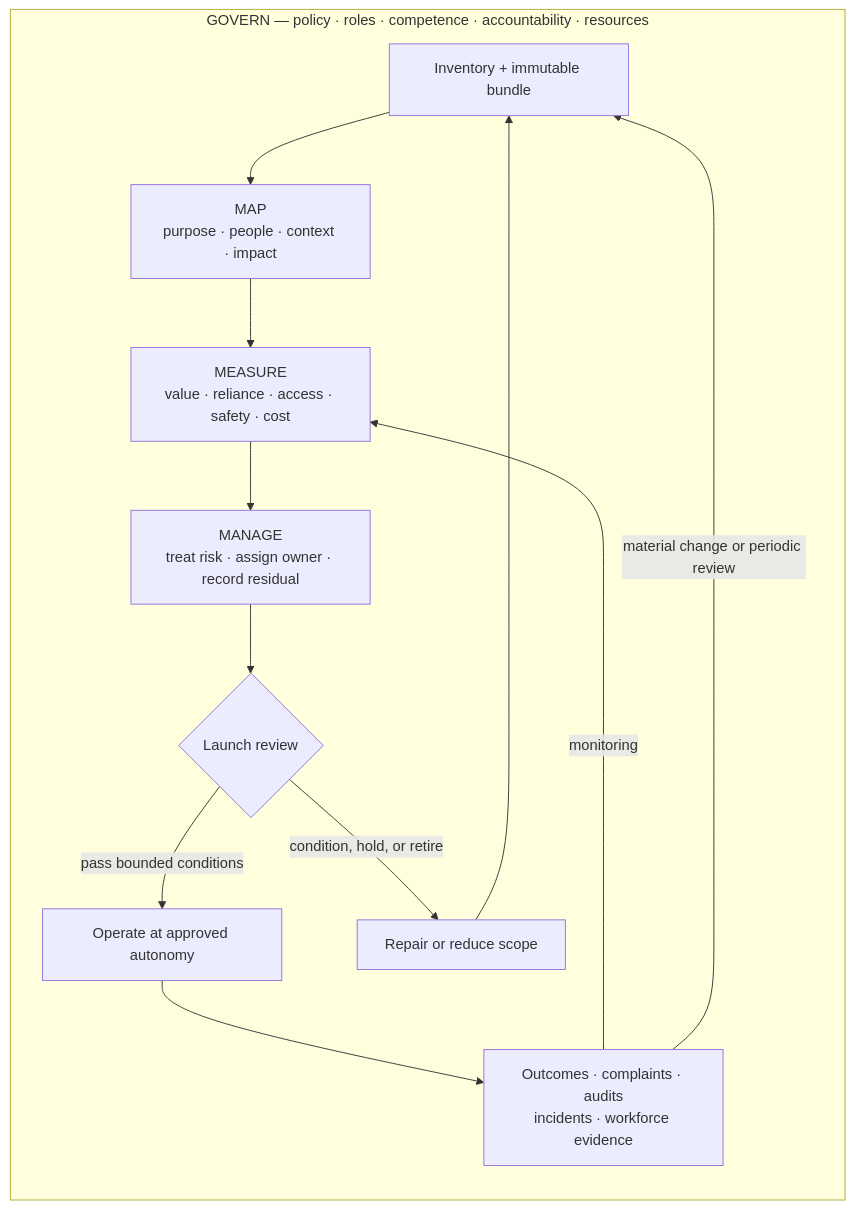
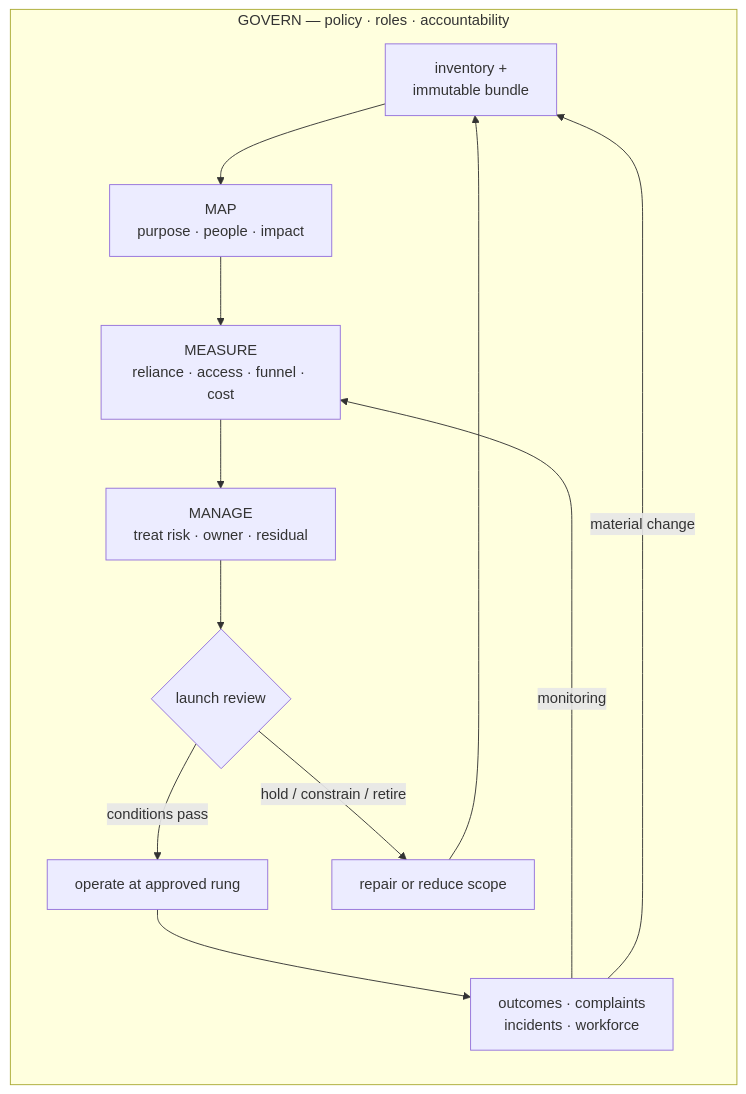
The third of 3 diagrams in chapters/28-products-people-organizations.qmd (omkarsarde/agentic-engineering), drawn with Mermaid before and after one commit. The commit also changed other lines of this file and 3 other files, not shown here.

````diff
--- a/chapters/28-products-people-organizations.qmd
+++ b/chapters/28-products-people-organizations.qmd
@@ -351,18 +649,19 @@
 ```{mermaid}
+%%| echo: false
 %%| label: fig-ch28-aims
-%%| fig-cap: "How does every material product change return through risk evidence and a launch decision?"
-%%| fig-alt: "Within a cross-cutting Govern boundary, an inventory and context map flow to measurement, risk management, and a launch review. The decision can stage, constrain, hold, or retire the system. Operation produces outcomes, complaints, audits, incidents, and change signals. Material changes loop back to inventory and mapping; monitoring loops back to measurement."
+%%| fig-cap: "How does every material product change return through risk evidence and a launch decision? Inventory and context feed measurement and risk treatment into a launch review; operation produces signals; material changes and periodic review loop back — all inside a governing boundary."
+%%| fig-alt: "Inside a Govern boundary: an inventory with an immutable bundle flows to Map (purpose, people, context), then Measure (reliance, access, funnel, cost), then Manage (treat risk, assign owner, residual), then a launch review that can operate, constrain, hold, or retire. Operation emits outcomes, complaints, incidents, and workforce evidence, which loop back to measurement, and material changes loop back to inventory."
 flowchart LR
-    subgraph G["GOVERN — policy · roles · competence · accountability · resources"]
-        I["Inventory + immutable bundle"] --> M["MAP<br/>purpose · people · context · impact"]
-        M --> E["MEASURE<br/>value · reliance · access · safety · cost"]
-        E --> R["MANAGE<br/>treat risk · assign owner · record residual"]
-        R --> L{"Launch review"}
-        L -->|"pass bounded conditions"| O["Operate at approved autonomy"]
-        L -->|"condition, hold, or retire"| C["Repair or reduce scope"]
+    subgraph G["GOVERN — policy · roles · accountability"]
+        I["inventory +<br/>immutable bundle"] --> M["MAP<br/>purpose · people · impact"]
+        M --> E["MEASURE<br/>reliance · access · funnel · cost"]
+        E --> R["MANAGE<br/>treat risk · owner · residual"]
+        R --> L{"launch review"}
+        L -->|"conditions pass"| O["operate at approved rung"]
+        L -->|"hold / constrain / retire"| C["repair or reduce scope"]
         C --> I
-        O --> S["Outcomes · complaints · audits<br/>incidents · workforce evidence"]
+        O --> S["outcomes · complaints<br/>incidents · workforce"]
         S -->|"monitoring"| E
-        S -->|"material change or periodic review"| I
+        S -->|"material change"| I
     end
 ```
````
